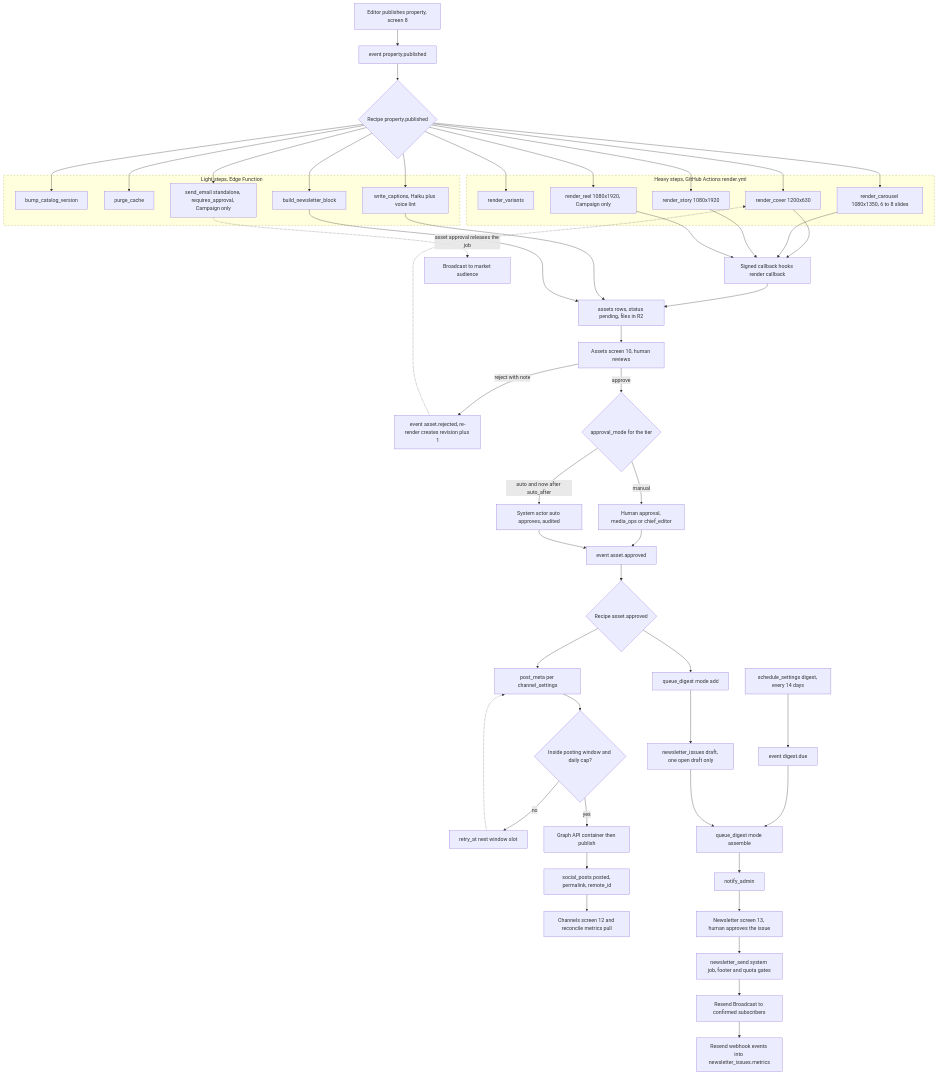
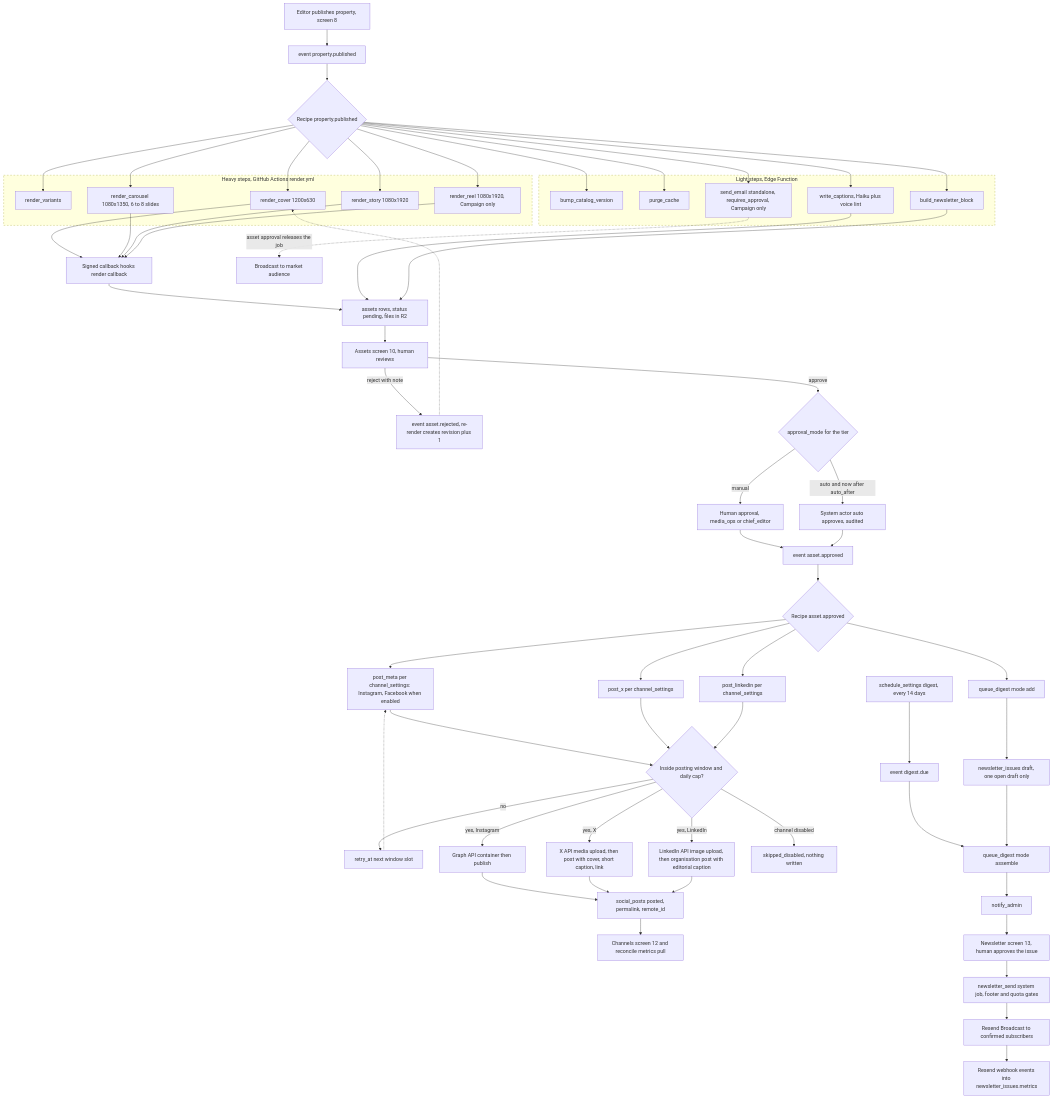
One commit to AbdulrahmanAmer/matter-of-place changed the first of 3 diagrams in workspace/03-diagrams/plans-c.md. Above: the diagram before and after it, drawn with Mermaid. The commit also changed other lines of this file and 45 other files, not shown here.

First line of the commit message:
S48 social channels: Instagram, X, LinkedIn live; Facebook and YouTube as disabled blocks; Pinterest dropped

````diff
--- a/workspace/03-diagrams/plans-c.md
+++ b/workspace/03-diagrams/plans-c.md
@@ -11,73 +11,82 @@
 ```mermaid
 flowchart TD
   PUB["Editor publishes property, screen 8"] --> EV1["event property.published"]
   EV1 --> REC1{"Recipe property.published"}
 
   subgraph LIGHT["Light steps, Edge Function"]
     BCV["bump_catalog_version"]
     PC["purge_cache"]
     WC["write_captions, Haiku plus voice lint"]
     NB["build_newsletter_block"]
     SE["send_email standalone, requires_approval, Campaign only"]
   end
 
   subgraph HEAVY["Heavy steps, GitHub Actions render.yml"]
     RV["render_variants"]
     RCO["render_cover 1200x630"]
     RCA["render_carousel 1080x1350, 6 to 8 slides"]
     RST["render_story 1080x1920"]
     RRE["render_reel 1080x1920, Campaign only"]
   end
 
   REC1 --> BCV
   REC1 --> PC
   REC1 --> RV
   REC1 --> RCO
   REC1 --> RCA
   REC1 --> RST
   REC1 --> WC
   REC1 --> NB
   REC1 --> RRE
   REC1 --> SE
   style LIGHT stroke-dasharray: 5 5
   style HEAVY stroke-dasharray: 5 5
 
   RCO --> CB["Signed callback hooks render callback"]
   RCA --> CB
   RST --> CB
   RRE --> CB
   CB --> AS["assets rows, status pending, files in R2"]
   WC --> AS
   NB --> AS
 
   AS --> SCR["Assets screen 10, human reviews"]
   SCR -->|"reject with note"| RJ["event asset.rejected, re-render creates revision plus 1"]
   RJ -.-> RCO
   SCR -->|"approve"| MODE{"approval_mode for the tier"}
   MODE -->|"manual"| HUM["Human approval, media_ops or chief_editor"]
   MODE -->|"auto and now after auto_after"| AUTO["System actor auto approves, audited"]
   HUM --> EV2["event asset.approved"]
   AUTO --> EV2
   EV2 --> REC2{"Recipe asset.approved"}
 
-  REC2 --> PM["post_meta per channel_settings"]
+  REC2 --> PM["post_meta per channel_settings: Instagram, Facebook when enabled"]
+  REC2 --> PX["post_x per channel_settings"]
+  REC2 --> PL["post_linkedin per channel_settings"]
   REC2 --> QD1["queue_digest mode add"]
 
   PM --> WIN{"Inside posting window and daily cap?"}
   WIN -->|"no"| RA["retry_at next window slot"]
   RA -.-> PM
-  WIN -->|"yes"| GRAPH["Graph API container then publish"]
+  PX --> WIN
+  PL --> WIN
+  WIN -->|"yes, Instagram"| GRAPH["Graph API container then publish"]
+  WIN -->|"yes, X"| XAPI["X API media upload, then post with cover, short caption, link"]
+  WIN -->|"yes, LinkedIn"| LAPI["LinkedIn API image upload, then organisation post with editorial caption"]
+  WIN -->|"channel disabled"| SKD["skipped_disabled, nothing written"]
   GRAPH --> SP["social_posts posted, permalink, remote_id"]
+  XAPI --> SP
+  LAPI --> SP
   SP --> CH["Channels screen 12 and reconcile metrics pull"]
 
   QD1 --> DRAFT["newsletter_issues draft, one open draft only"]
   CLK["schedule_settings digest, every 14 days"] --> EV3["event digest.due"]
   EV3 --> QD2["queue_digest mode assemble"]
   QD2 --> NA["notify_admin"]
   DRAFT --> QD2
   NA --> NL["Newsletter screen 13, human approves the issue"]
   NL --> SND["newsletter_send system job, footer and quota gates"]
   SND --> BC["Resend Broadcast to confirmed subscribers"]
   BC --> MET["Resend webhook events into newsletter_issues.metrics"]
   SE -.->|"asset approval releases the job"| BCM["Broadcast to market audience"]
 ```
````
